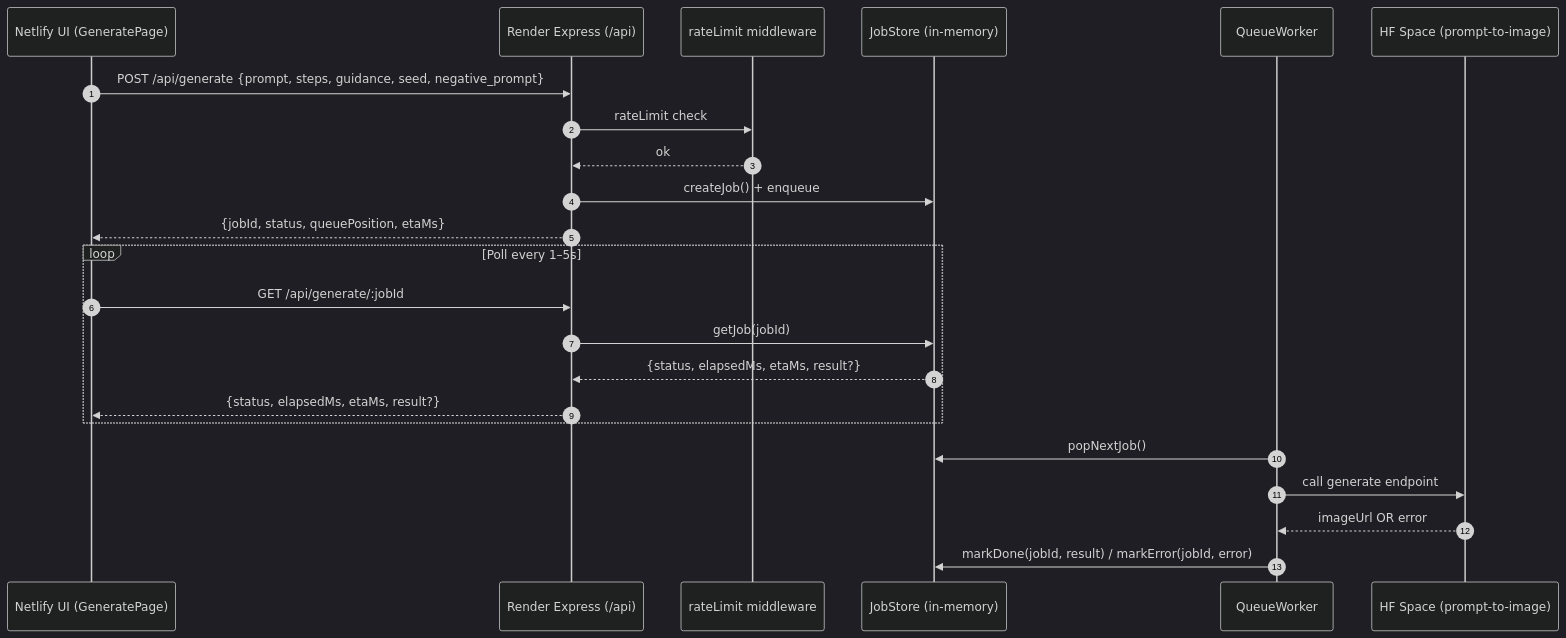
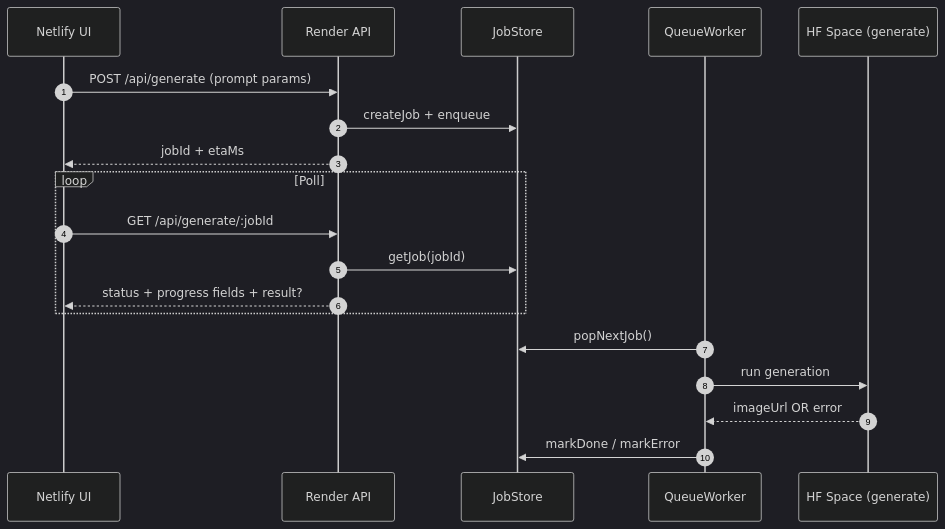
One commit to sara-dubey/AI-Image-Detector changed the third of 3 diagrams in README.md. Above: the diagram before and after it, drawn with Mermaid (dark theme). The commit also changed other lines of this file, not shown here.

Commit message:
Update README: add roadmap + architecture

````diff
--- a/README.md
+++ b/README.md
@@ -90,28 +73,24 @@
 ```mermaid
 sequenceDiagram
   autonumber
-  participant UI as Netlify UI (GeneratePage)
-  participant API as Render Express (/api)
-  participant RL as rateLimit middleware
-  participant JS as JobStore (in-memory)
+  participant UI as Netlify UI
+  participant API as Render API
+  participant JS as JobStore
   participant W as QueueWorker
-  participant HF as HF Space (prompt-to-image)
+  participant HF as HF Space (generate)
 
-  UI->>API: POST /api/generate {prompt, steps, guidance, seed, negative_prompt}
-  API->>RL: rateLimit check
-  RL-->>API: ok
-  API->>JS: createJob() + enqueue
-  API-->>UI: {jobId, status, queuePosition, etaMs}
+  UI->>API: POST /api/generate (prompt params)
+  API->>JS: createJob + enqueue
+  API-->>UI: jobId + etaMs
 
-  loop Poll every 1–5s
+  loop Poll
     UI->>API: GET /api/generate/:jobId
     API->>JS: getJob(jobId)
-    JS-->>API: {status, elapsedMs, etaMs, result?}
-    API-->>UI: {status, elapsedMs, etaMs, result?}
+    API-->>UI: status + progress fields + result?
   end
 
   W->>JS: popNextJob()
-  W->>HF: call generate endpoint
+  W->>HF: run generation
   HF-->>W: imageUrl OR error
-  W->>JS: markDone(jobId, result) / markError(jobId, error)
+  W->>JS: markDone / markError
 ```
````
